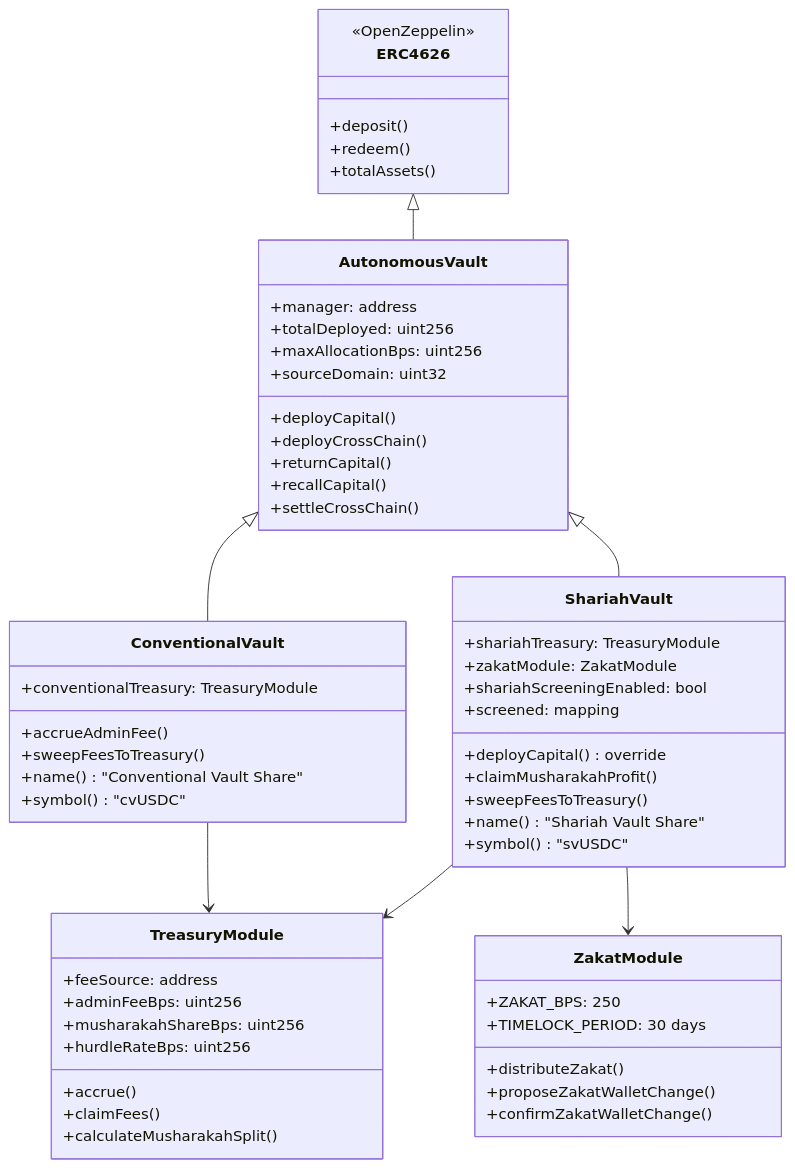
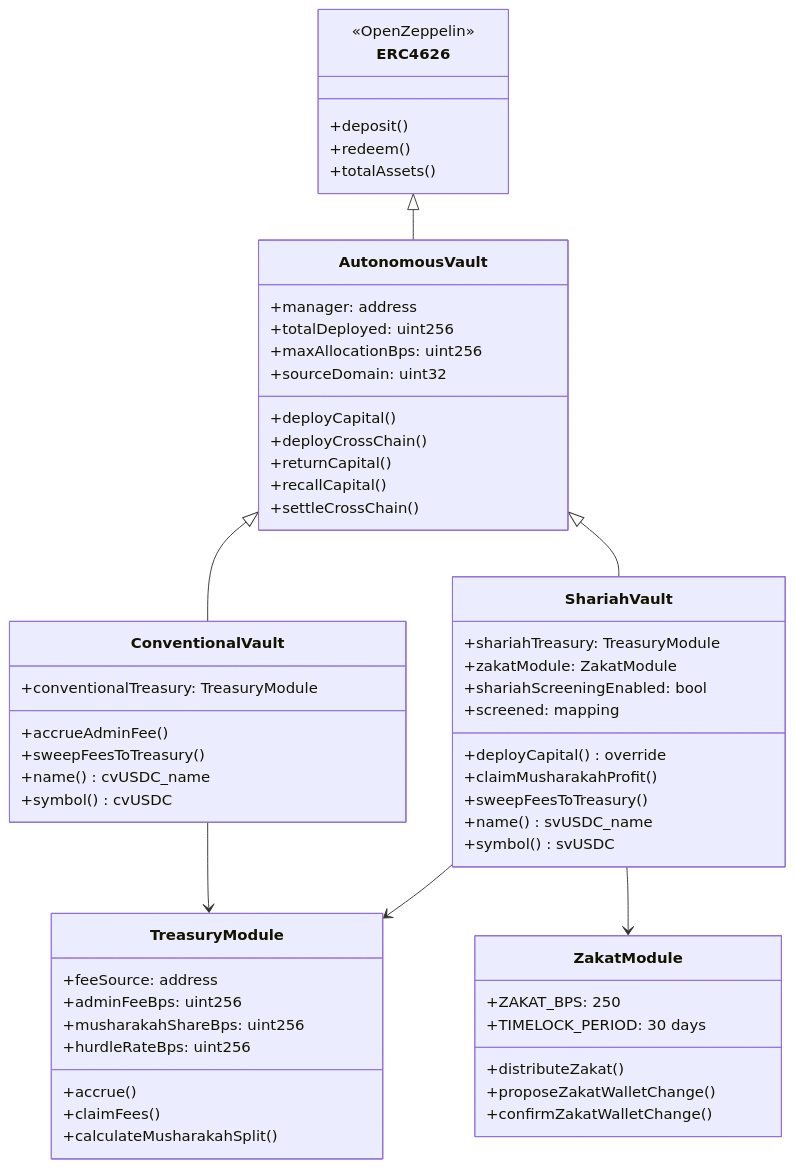
The second of 10 diagrams in README.md (0xhaz/DefiVault-Finance), drawn with Mermaid before and after one commit. The commit also changed other lines of this file, not shown here.

````diff
--- a/README.md
+++ b/README.md
@@ -123,66 +123,66 @@
 ```mermaid
 classDiagram
     class ERC4626 {
         <<OpenZeppelin>>
         +deposit()
         +redeem()
         +totalAssets()
     }
 
     class AutonomousVault {
         +manager: address
         +totalDeployed: uint256
         +maxAllocationBps: uint256
         +sourceDomain: uint32
         +deployCapital()
         +deployCrossChain()
         +returnCapital()
         +recallCapital()
         +settleCrossChain()
     }
 
     class ConventionalVault {
         +conventionalTreasury: TreasuryModule
         +accrueAdminFee()
         +sweepFeesToTreasury()
-        +name() "Conventional Vault Share"
-        +symbol() "cvUSDC"
+        +name() cvUSDC_name
+        +symbol() cvUSDC
     }
 
     class ShariahVault {
         +shariahTreasury: TreasuryModule
         +zakatModule: ZakatModule
         +shariahScreeningEnabled: bool
         +screened: mapping
         +deployCapital() override
         +claimMusharakahProfit()
         +sweepFeesToTreasury()
-        +name() "Shariah Vault Share"
-        +symbol() "svUSDC"
+        +name() svUSDC_name
+        +symbol() svUSDC
     }
 
     class TreasuryModule {
         +feeSource: address
         +adminFeeBps: uint256
         +musharakahShareBps: uint256
         +hurdleRateBps: uint256
         +accrue()
         +claimFees()
         +calculateMusharakahSplit()
     }
 
     class ZakatModule {
         +ZAKAT_BPS: 250
         +TIMELOCK_PERIOD: 30 days
         +distributeZakat()
         +proposeZakatWalletChange()
         +confirmZakatWalletChange()
     }
 
     ERC4626 <|-- AutonomousVault
     AutonomousVault <|-- ConventionalVault
     AutonomousVault <|-- ShariahVault
     ShariahVault --> TreasuryModule
     ShariahVault --> ZakatModule
     ConventionalVault --> TreasuryModule
 ```
````
